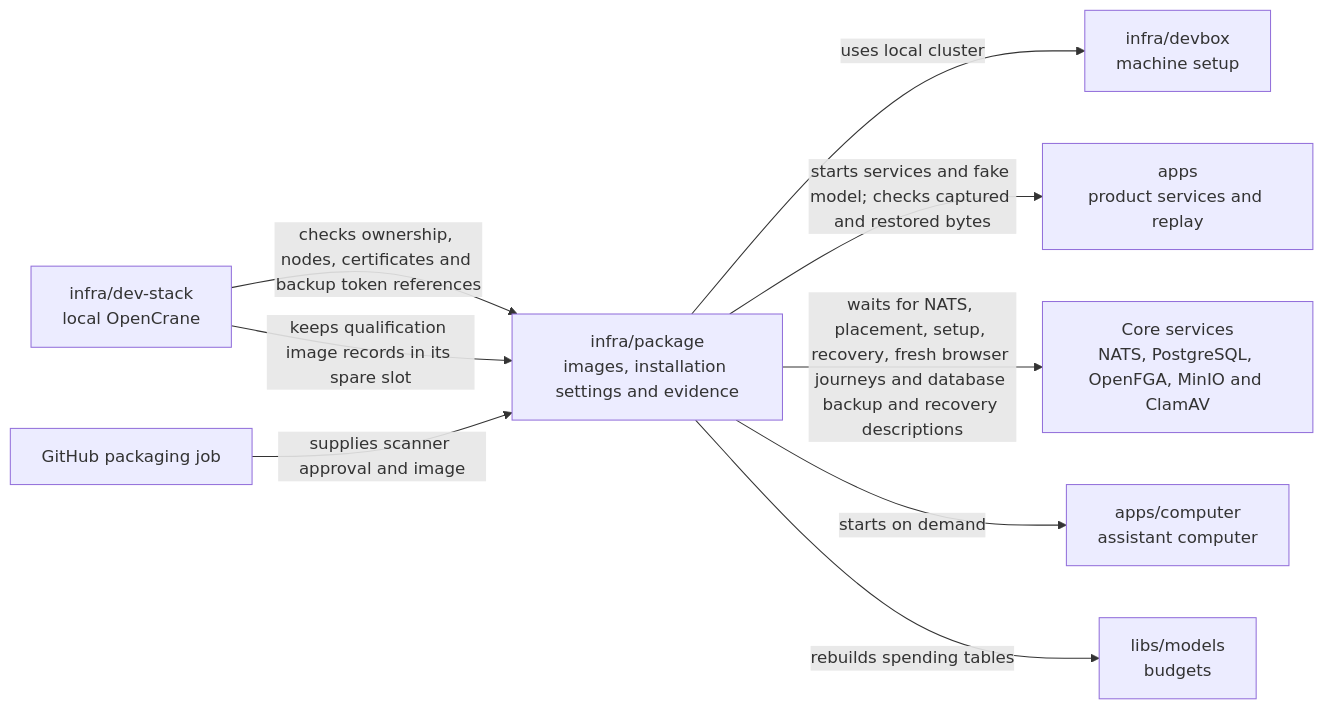
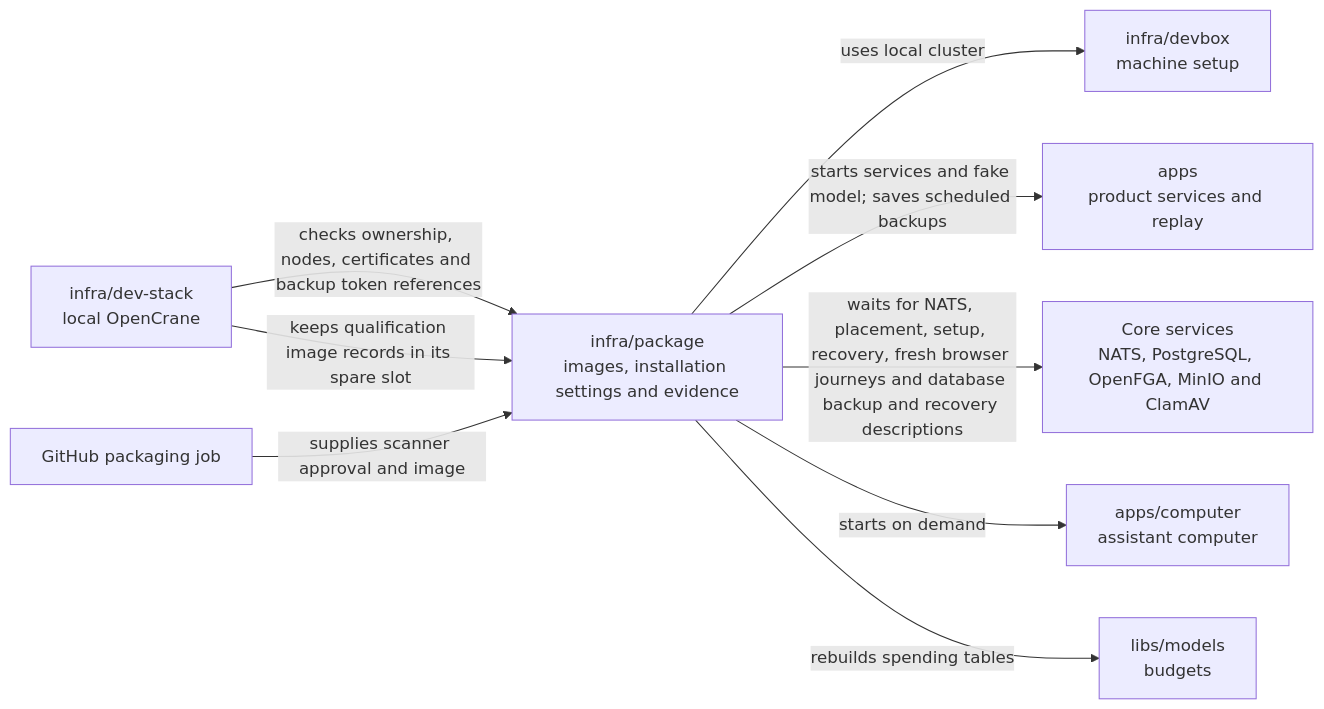
Before and after one commit to elewa-git/opencrane-new: the diagram in infra/package/README.md, drawn with Mermaid. The commit also changed other lines of this file and 13 other files, not shown here.

````diff
--- a/infra/package/README.md
+++ b/infra/package/README.md
@@ -19,11 +19,11 @@
 ```mermaid
 flowchart LR
   stack["infra/dev-stack<br/>local OpenCrane"] -->|checks ownership, nodes, certificates and backup token references| package["infra/package<br/>images, installation settings and evidence"]
   package -->|uses local cluster| devbox["infra/devbox<br/>machine setup"]
-  package -->|starts services and fake model; checks captured and restored bytes| apps["apps<br/>product services and replay"]
+  package -->|starts services and fake model; saves scheduled backups| apps["apps<br/>product services and replay"]
   packaging["GitHub packaging job"] -->|supplies scanner approval and image| package
   package -->|waits for NATS, placement, setup, recovery, fresh browser journeys and database backup and recovery descriptions| services["Core services<br/>NATS, PostgreSQL, OpenFGA, MinIO and ClamAV"]
   package -->|starts on demand| computer["apps/computer<br/>assistant computer"]
   package -->|rebuilds spending tables| models["libs/models<br/>budgets"]
   stack -->|keeps qualification image records in its spare slot| package
 ```
````
